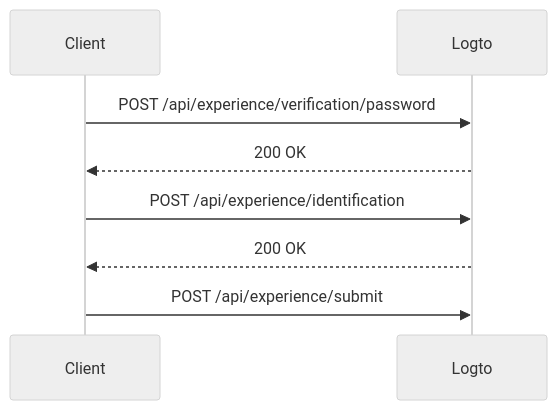
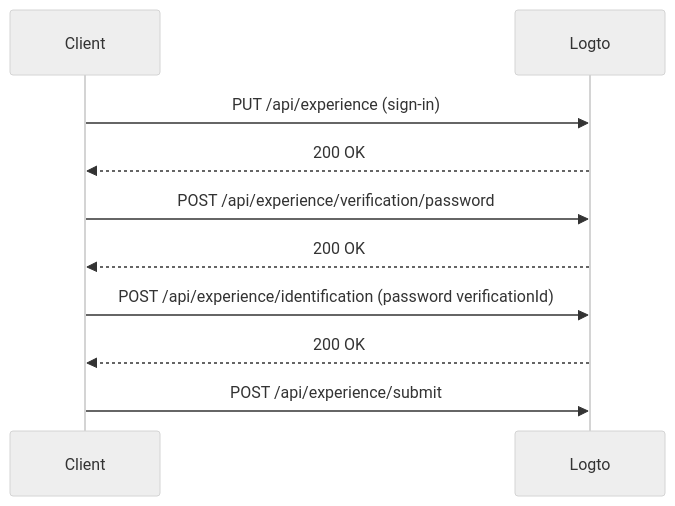
Before and after one commit to logto-io/rfcs: the fourth of 22 diagrams in draft/0004-experience-api.md, drawn with Mermaid (neutral theme). The commit also changed other lines of this file, not shown here.

First line of the commit message:
refactor: update experience API rfc

````diff
--- a/draft/0004-experience-api.md
+++ b/draft/0004-experience-api.md
@@ -610,11 +632,13 @@
 ```mermaid
 sequenceDiagram
     participant C as Client
     participant L as Logto
 
+    C->>L: PUT /api/experience (sign-in)
+    L-->>C: 200 OK
     C->>L: POST /api/experience/verification/password
     L-->>C: 200 OK
-    C->>L: POST /api/experience/identification
+    C->>L: POST /api/experience/identification (password verificationId)
     L-->>C: 200 OK
     C->>L: POST /api/experience/submit
 ```
````
